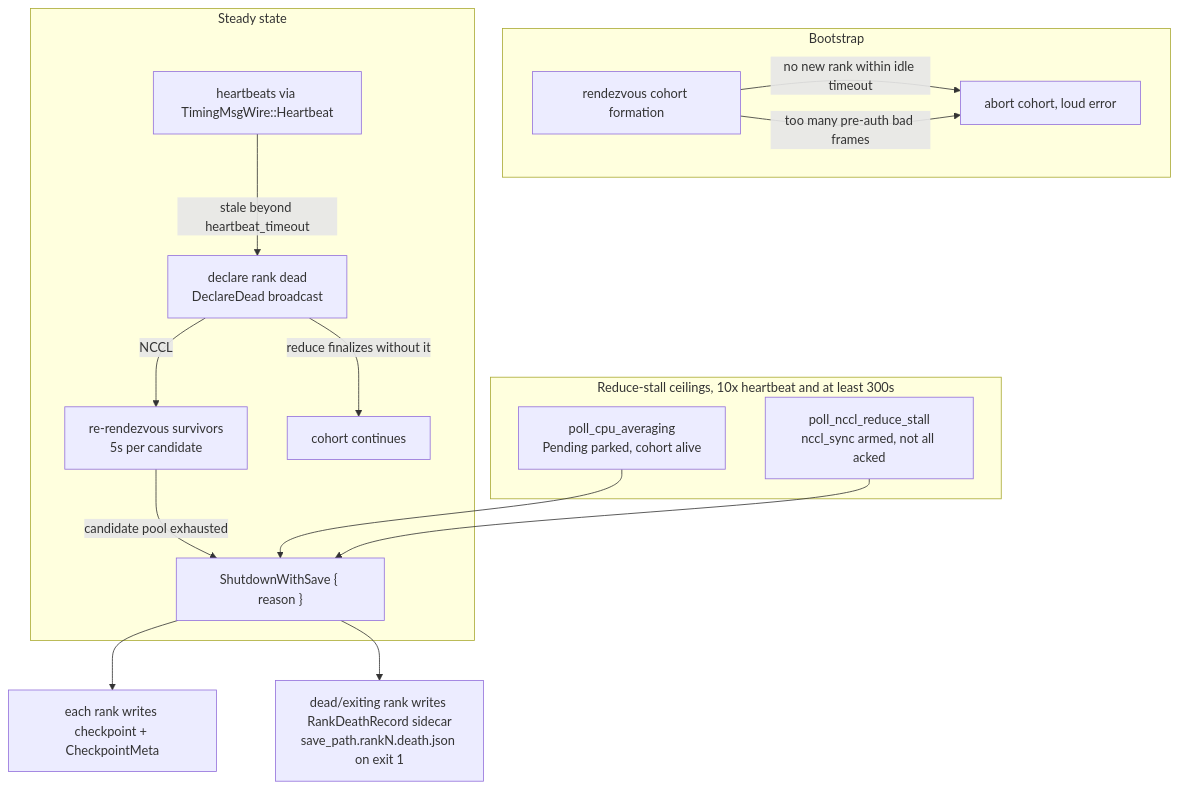
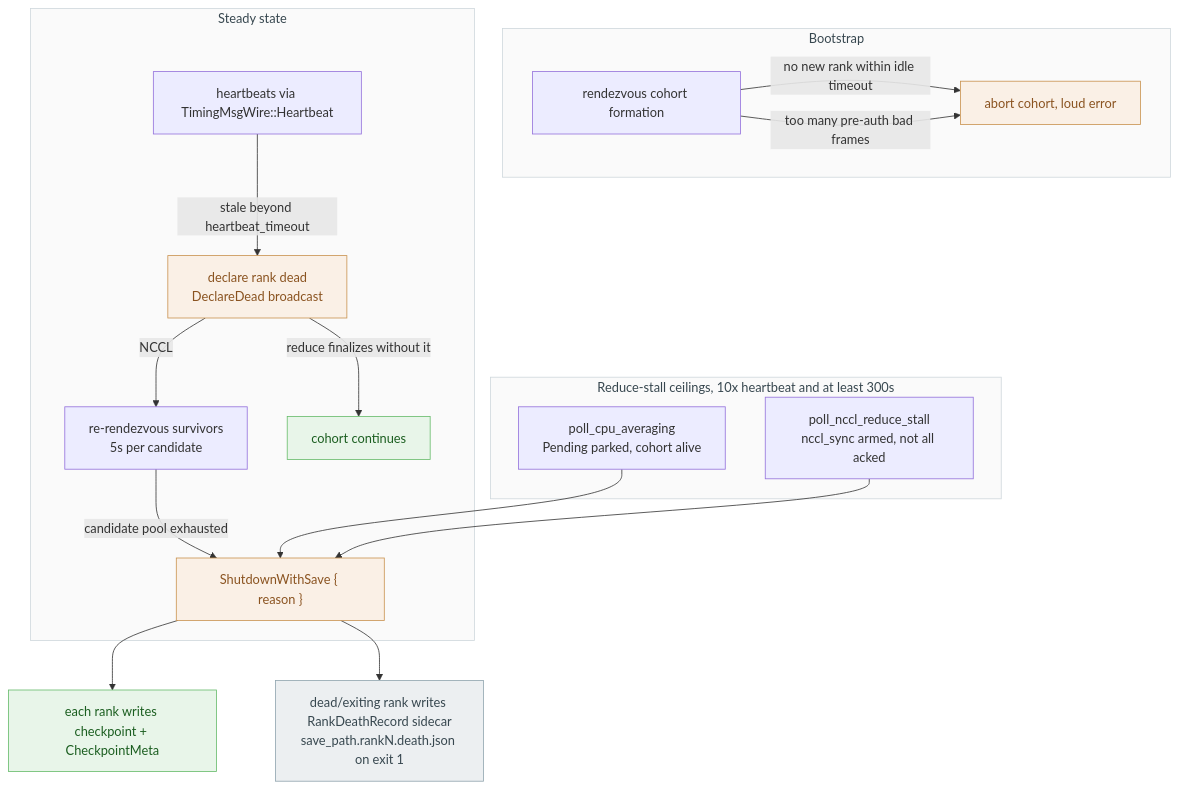
Before and after one commit to fab2s/floDl: the seventh of 7 diagrams in docs/distributed/architecture.md, drawn with Mermaid. The commit also changed other lines of this file and 6 other files, not shown here.

Commit message:
doc: mermaid palette

````diff
--- a/docs/distributed/architecture.md
+++ b/docs/distributed/architecture.md
@@ -568,24 +598,33 @@
 ```mermaid
 flowchart TB
     subgraph boot["Bootstrap"]
         RZ["rendezvous cohort formation"]
         RZ -->|no new rank within idle timeout| RZF["abort cohort, loud error"]
         RZ -->|too many pre-auth bad frames| RZF
     end
 
     subgraph live["Steady state"]
         HB["heartbeats via TimingMsgWire::Heartbeat"]
         HB -->|stale beyond heartbeat_timeout| DEAD["declare rank dead<br/>DeclareDead broadcast"]
         DEAD -->|NCCL| RR["re-rendezvous survivors<br/>5s per candidate"]
         RR -->|candidate pool exhausted| SWS
         DEAD -->|reduce finalizes without it| OK["cohort continues"]
     end
 
     subgraph stall["Reduce-stall ceilings, 10x heartbeat and at least 300s"]
         CPU["poll_cpu_averaging<br/>Pending parked, cohort alive"] --> SWS
         NCCL2["poll_nccl_reduce_stall<br/>nccl_sync armed, not all acked"] --> SWS
     end
 
     SWS["ShutdownWithSave { reason }"] --> SAVE["each rank writes checkpoint + CheckpointMeta"]
     SWS --> DR["dead/exiting rank writes RankDeathRecord sidecar<br/>save_path.rankN.death.json on exit 1"]
+
+    classDef good fill:#e8f5e9,stroke:#66bb6a,color:#1b5e20
+    classDef cost fill:#faf0e6,stroke:#c9924f,color:#8a5320
+    classDef note fill:#eceff1,stroke:#90a4ae,color:#37474f
+    class OK,SAVE good
+    class RZF,DEAD,SWS cost
+    class DR note
+    classDef group fill:#fafafa,stroke:#cfd8dc,color:#37474f
+    class boot,live,stall group
 ```
````
